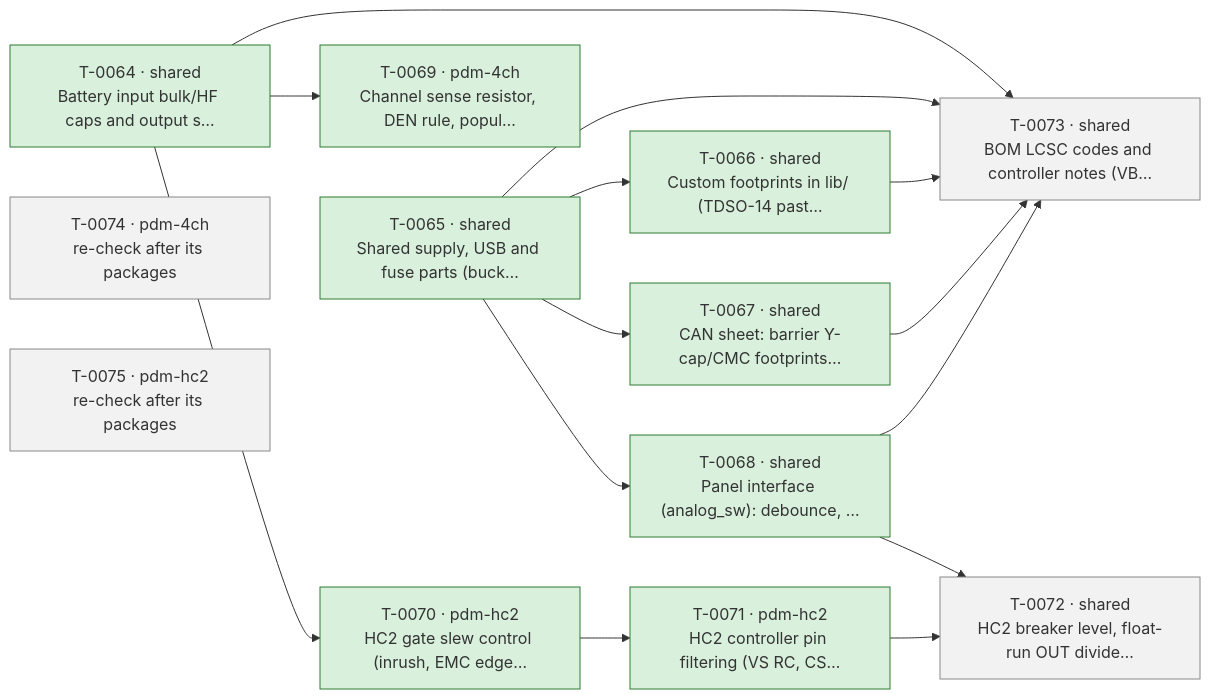
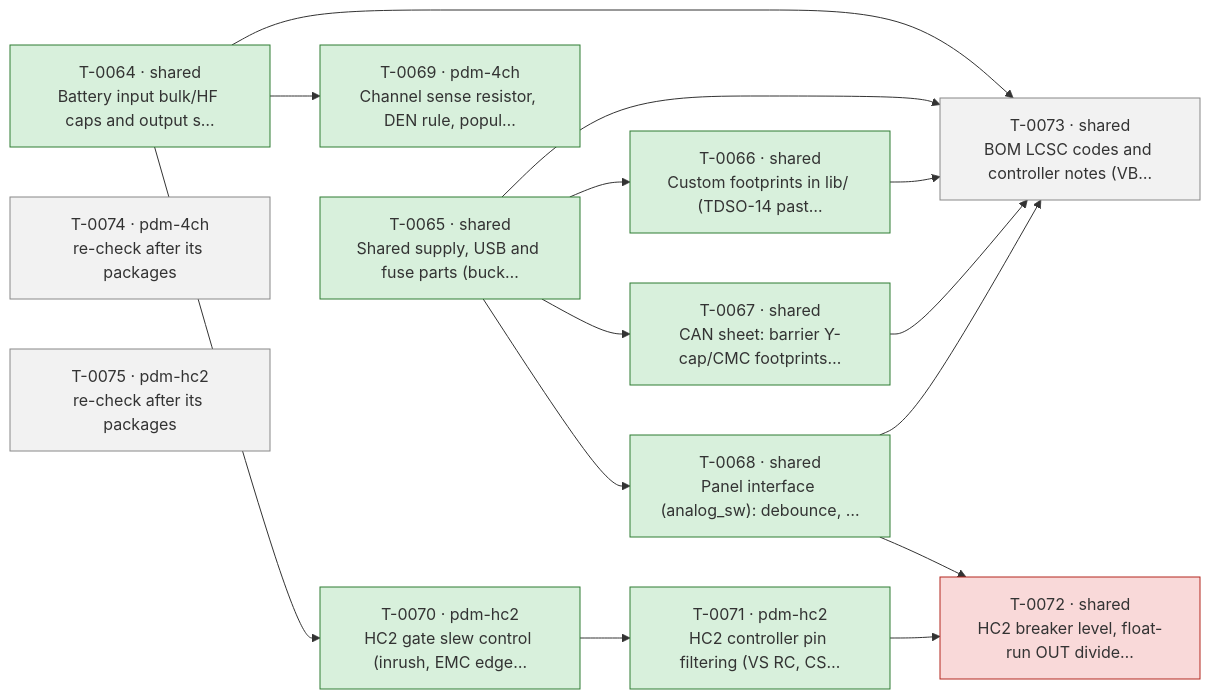
The diagram in docs/ROADMAP.md (plektra/ESP32-PDM), drawn with Mermaid before and after one commit. The commit also changed other lines of this file and 1 other file, not shown here.

First line of the commit message:
Auto: board-fixer shared (T-0072): failed

````diff
--- a/docs/ROADMAP.md
+++ b/docs/ROADMAP.md
@@ -18,32 +18,32 @@
 ```mermaid
 flowchart LR
   T0064["T-0064 · shared<br/>Battery input bulk/HF caps and output s…"]:::done
   T0065["T-0065 · shared<br/>Shared supply, USB and fuse parts (buck…"]:::done
   T0066["T-0066 · shared<br/>Custom footprints in lib/ (TDSO-14 past…"]:::done
   T0067["T-0067 · shared<br/>CAN sheet: barrier Y-cap/CMC footprints…"]:::done
   T0068["T-0068 · shared<br/>Panel interface (analog_sw): debounce, …"]:::done
   T0069["T-0069 · pdm-4ch<br/>Channel sense resistor, DEN rule, popul…"]:::done
   T0070["T-0070 · pdm-hc2<br/>HC2 gate slew control (inrush, EMC edge…"]:::done
   T0071["T-0071 · pdm-hc2<br/>HC2 controller pin filtering (VS RC, CS…"]:::done
-  T0072["T-0072 · shared<br/>HC2 breaker level, float-run OUT divide…"]:::ready
+  T0072["T-0072 · shared<br/>HC2 breaker level, float-run OUT divide…"]:::failed
   T0073["T-0073 · shared<br/>BOM LCSC codes and controller notes (VB…"]:::ready
   T0074["T-0074 · pdm-4ch<br/>re-check after its packages"]:::ready
   T0075["T-0075 · pdm-hc2<br/>re-check after its packages"]:::ready
   T0065 --> T0066
   T0065 --> T0067
   T0065 --> T0068
   T0064 --> T0069
   T0064 --> T0070
   T0070 --> T0071
   T0068 --> T0072
   T0071 --> T0072
   T0064 --> T0073
   T0065 --> T0073
   T0066 --> T0073
   T0067 --> T0073
   T0068 --> T0073
   classDef done fill:#d8f0dc,stroke:#2e7d32
   classDef running fill:#d6e6ff,stroke:#1f5fbf
   classDef ready fill:#f2f2f2,stroke:#888
   classDef failed fill:#f9d9d9,stroke:#b3261e
 ```
````
